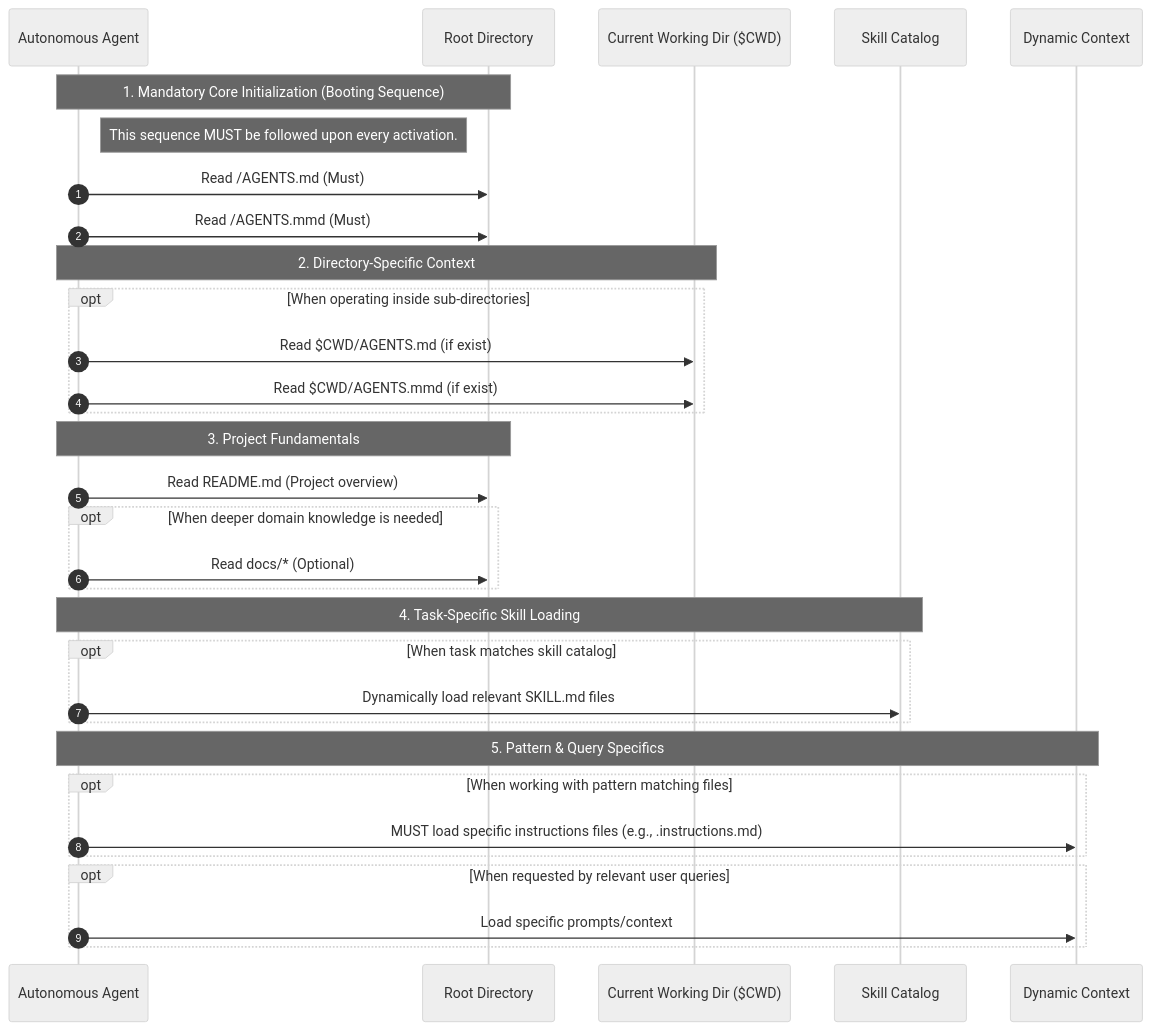
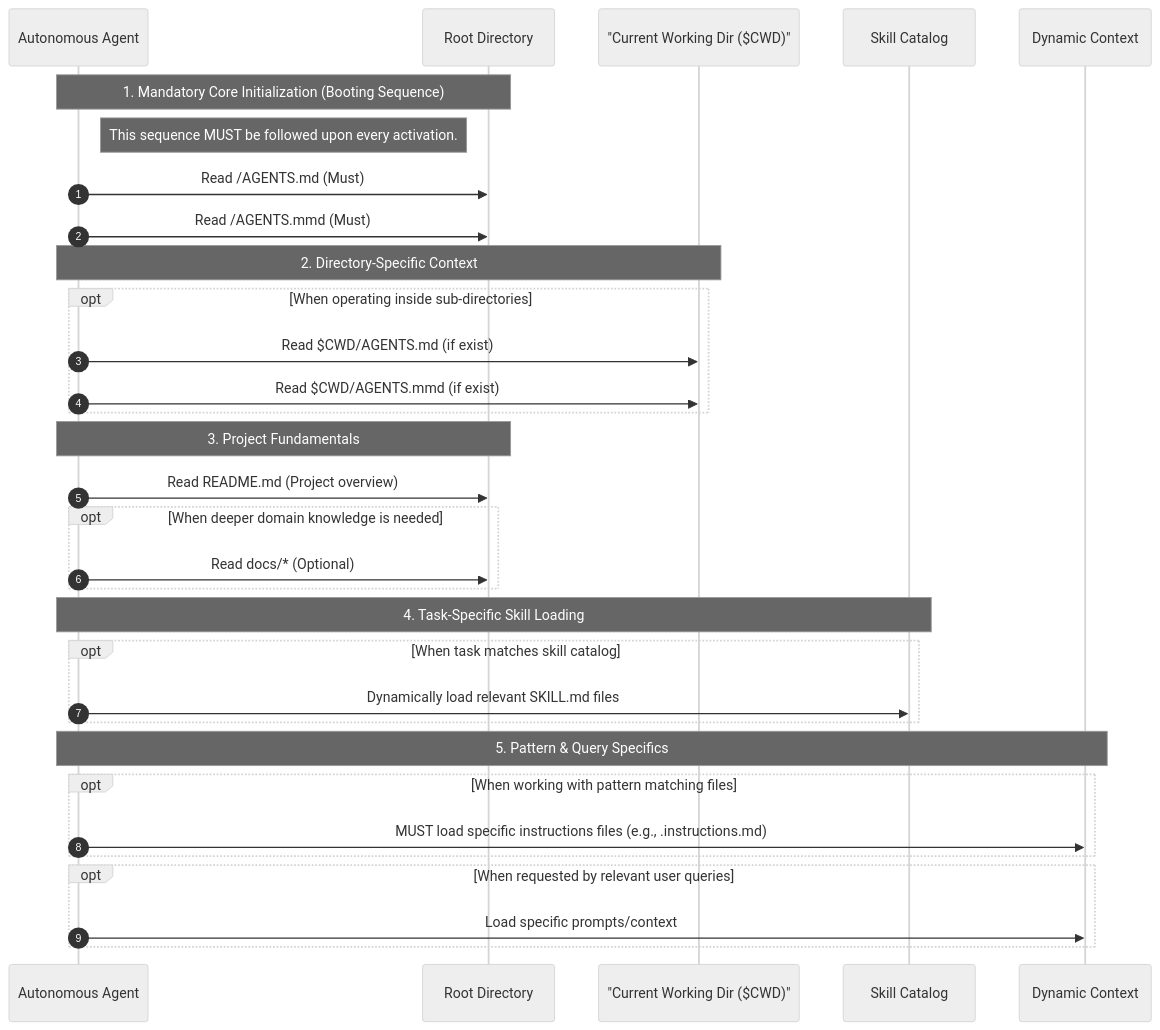
Before and after one commit to Cogni-AI-OU/cogni-ai-agents: the diagram in AGENTS.mmd, drawn with Mermaid (neutral theme). The commit also changed 1 other file, not shown here.

Commit message:
chore: fix lint and mermaid syntax after merge

```diff
--- a/AGENTS.mmd
+++ b/AGENTS.mmd
@@ -1,39 +1,39 @@
 sequenceDiagram
     autonumber
     participant Agent as Autonomous Agent
     participant Root as Root Directory
-    participant CWD as Current Working Dir ($CWD)
+    participant CWD as "Current Working Dir ($CWD)"
     participant Skills as Skill Catalog
     participant Context as Dynamic Context
 
     Note over Agent,Root: 1. Mandatory Core Initialization (Booting Sequence)
     Note right of Agent: This sequence MUST be followed upon every activation.
     Agent->>Root: Read /AGENTS.md (Must)
     Agent->>Root: Read /AGENTS.mmd (Must)
 
     Note over Agent,CWD: 2. Directory-Specific Context
     opt When operating inside sub-directories
         Agent->>CWD: Read $CWD/AGENTS.md (if exist)
         Agent->>CWD: Read $CWD/AGENTS.mmd (if exist)
     end
 
     Note over Agent,Root: 3. Project Fundamentals
     Agent->>Root: Read README.md (Project overview)
 
     opt When deeper domain knowledge is needed
         Agent->>Root: Read docs/* (Optional)
     end
 
     Note over Agent,Skills: 4. Task-Specific Skill Loading
     opt When task matches skill catalog
         Agent->>Skills: Dynamically load relevant SKILL.md files
     end
 
     Note over Agent,Context: 5. Pattern & Query Specifics
     opt When working with pattern matching files
         Agent->>Context: MUST load specific instructions files (e.g., .instructions.md)
     end
 
     opt When requested by relevant user queries
         Agent->>Context: Load specific prompts/context
     end
```
